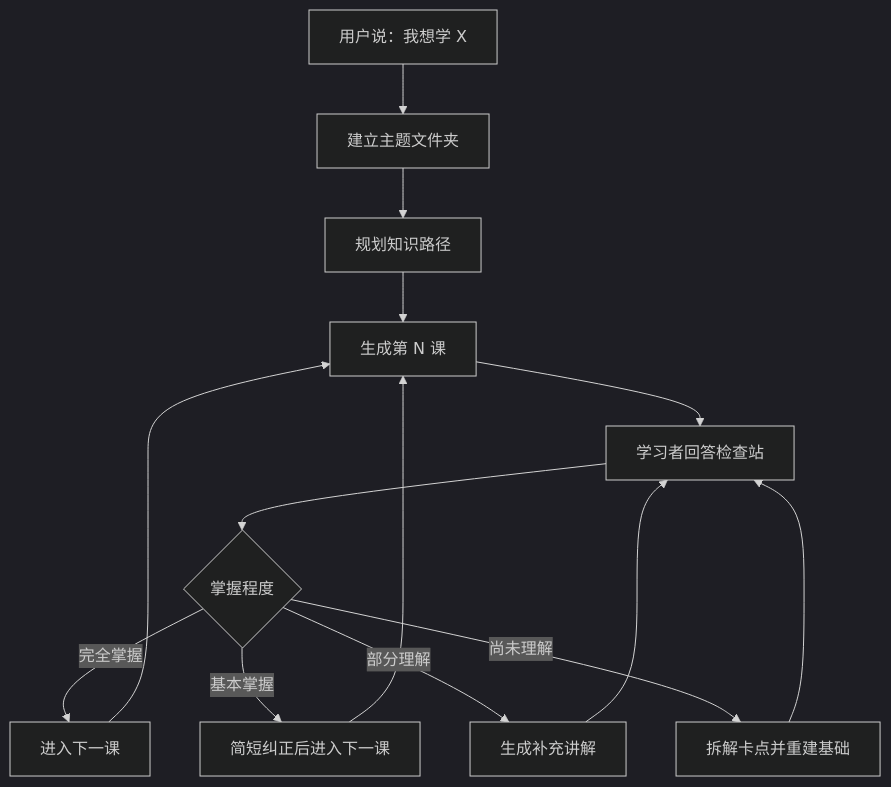
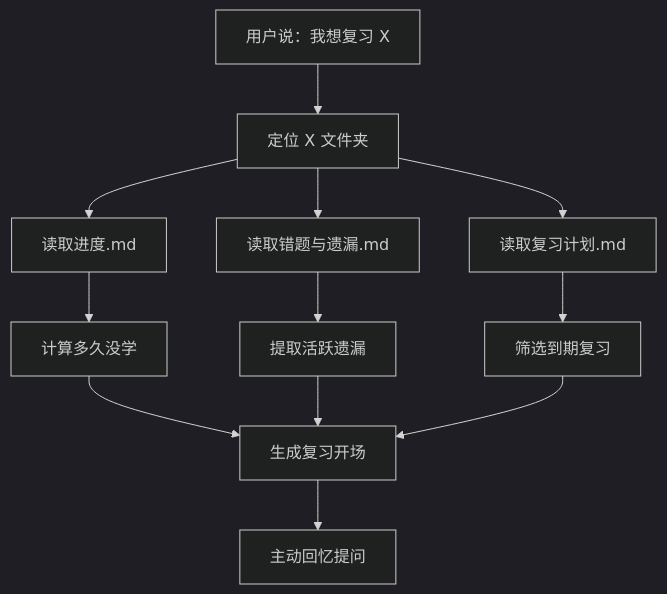
The diagram in README.md (zifengyuan6-star/xuexi-learning-skill), drawn with Mermaid (dark theme) before and after one commit. The commit also changed other lines of this file and 6 other files, not shown here.

````diff
--- a/README.md
+++ b/README.md
@@ -33,16 +52,14 @@
 ```mermaid
 flowchart TD
-    A[用户说：我想学 X] --> B[建立主题文件夹]
-    B --> C[规划知识路径]
-    C --> D[生成第 N 课]
-    D --> E[学习者回答检查站]
-    E --> F{掌握程度}
-    F -->|完全掌握| G[进入下一课]
-    F -->|基本掌握| H[简短纠正后进入下一课]
-    F -->|部分理解| I[生成补充讲解]
-    F -->|尚未理解| J[拆解卡点并重建基础]
-    G --> D
-    H --> D
-    I --> E
-    J --> E
+    A[用户说：我想复习 X] --> B[定位 X 文件夹]
+    B --> C[读取进度.md]
+    B --> D[读取错题与遗漏.md]
+    B --> E[读取复习计划.md]
+    C --> F[计算多久没学]
+    D --> G[提取活跃遗漏]
+    E --> H[筛选到期复习]
+    F --> I[生成复习开场]
+    G --> I
+    H --> I
+    I --> J[主动回忆提问]
 ```
````
